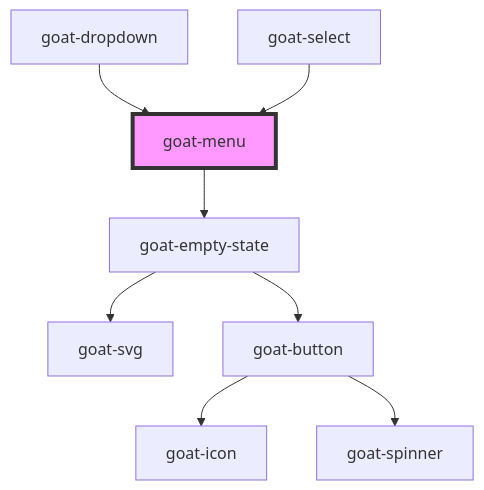
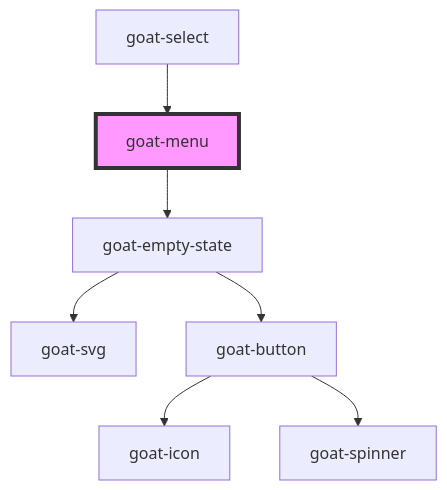
Before and after one commit to goatui/components: the diagram in src/components/menu/menu/readme.md, drawn with Mermaid. The commit also changed other lines of this file and 34 other files, not shown here.

````diff
--- a/src/components/menu/menu/readme.md
+++ b/src/components/menu/menu/readme.md
@@ -46,11 +45,10 @@
 ```mermaid
 graph TD;
   goat-menu --> goat-empty-state
   goat-empty-state --> goat-svg
   goat-empty-state --> goat-button
   goat-button --> goat-icon
   goat-button --> goat-spinner
-  goat-dropdown --> goat-menu
   goat-select --> goat-menu
   style goat-menu fill:#f9f,stroke:#333,stroke-width:4px
 ```
````
